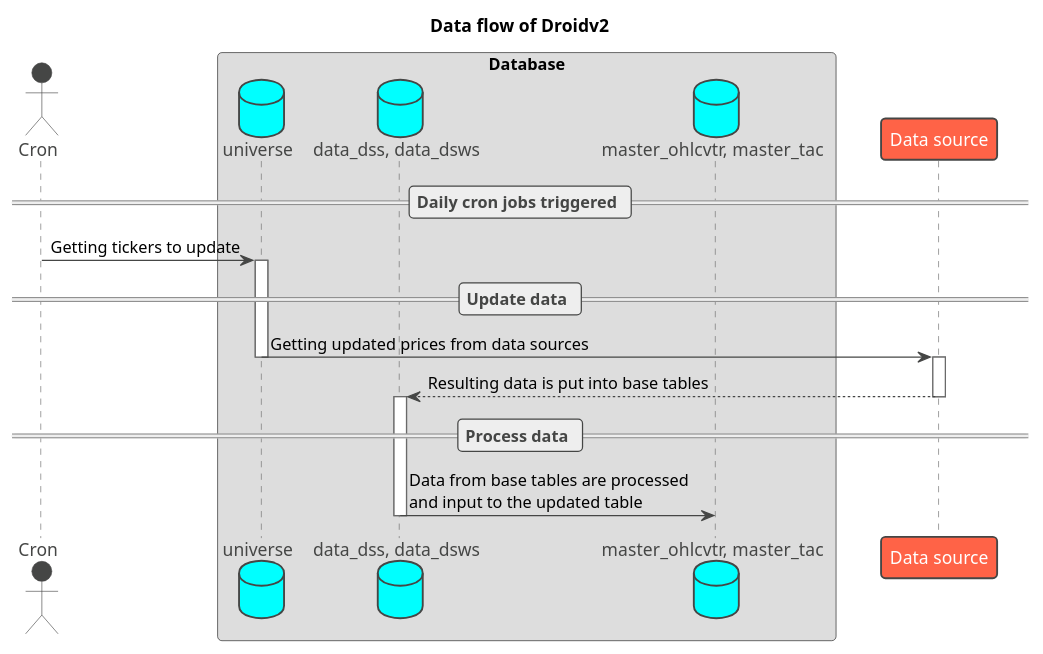
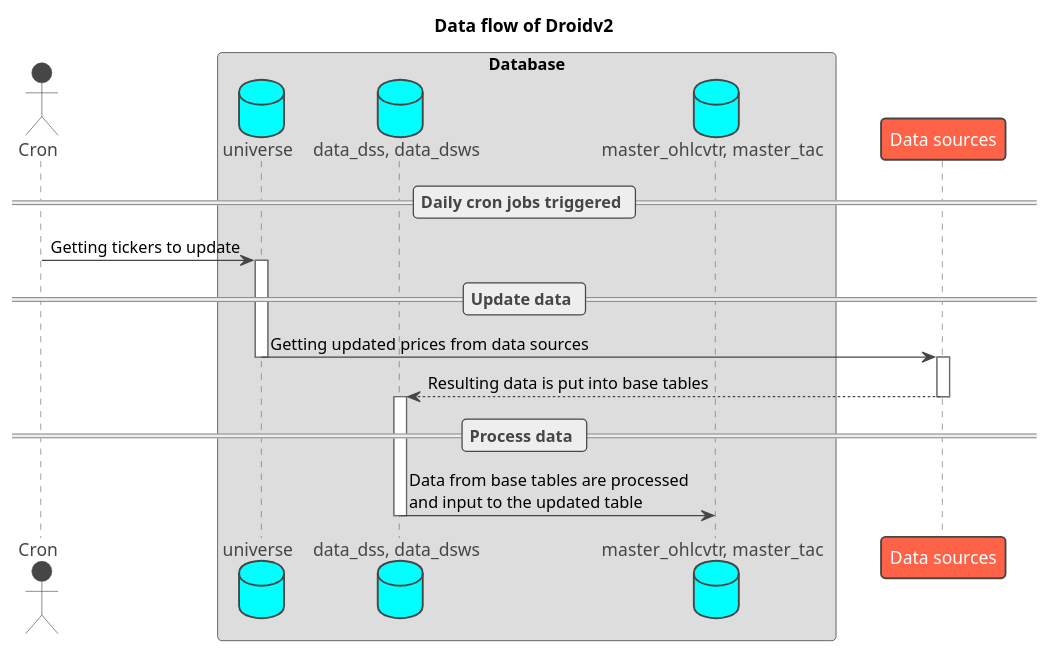
Before and after one commit to asklora/DROID_V2.1: the diagram in docs/all_flow.wsd, drawn with PlantUML. The commit also changed 5 other files, not shown here.

Commit message:
update flow diagrams

```diff
--- a/docs/all_flow.wsd
+++ b/docs/all_flow.wsd
@@ -1,30 +1,30 @@
 @startuml flow
 
 title "Data flow of Droidv2"
 
 !theme vibrant
 
 skinparam Shadowing false
 skinparam DefaultFontName Ubuntu
 skinparam ParticipantPadding 20
 skinparam BoxPadding 10
 
 actor Cron
 box "Database"
 database universe
 database "data_dss, data_dsws" as base
 database "master_ohlcvtr, master_tac" as updated
 end box
-participant "Data source" as source
+participant "Data sources" as source
 
 == Daily cron jobs triggered ==
 Cron -> universe ++: Getting tickers to update
 
 == Update data ==
 universe -> source --++ : Getting updated prices from data sources
 source --> base --++ : Resulting data is put into base tables
 
 == Process data ==
 base -> updated -- : Data from base tables are processed\nand input to the updated table
 
 @enduml
```
